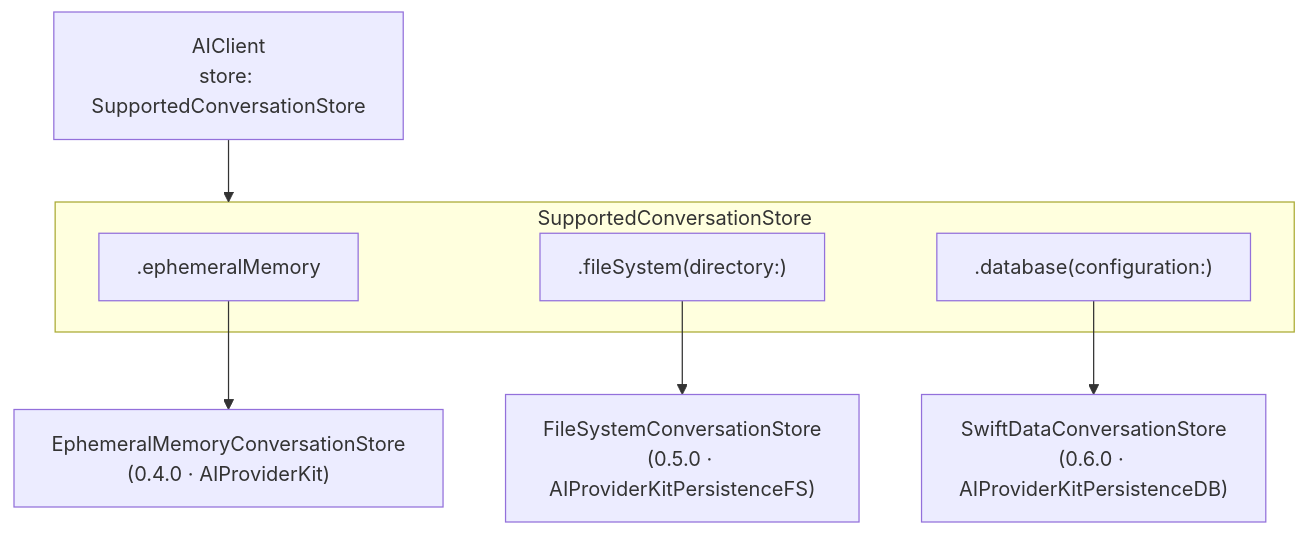
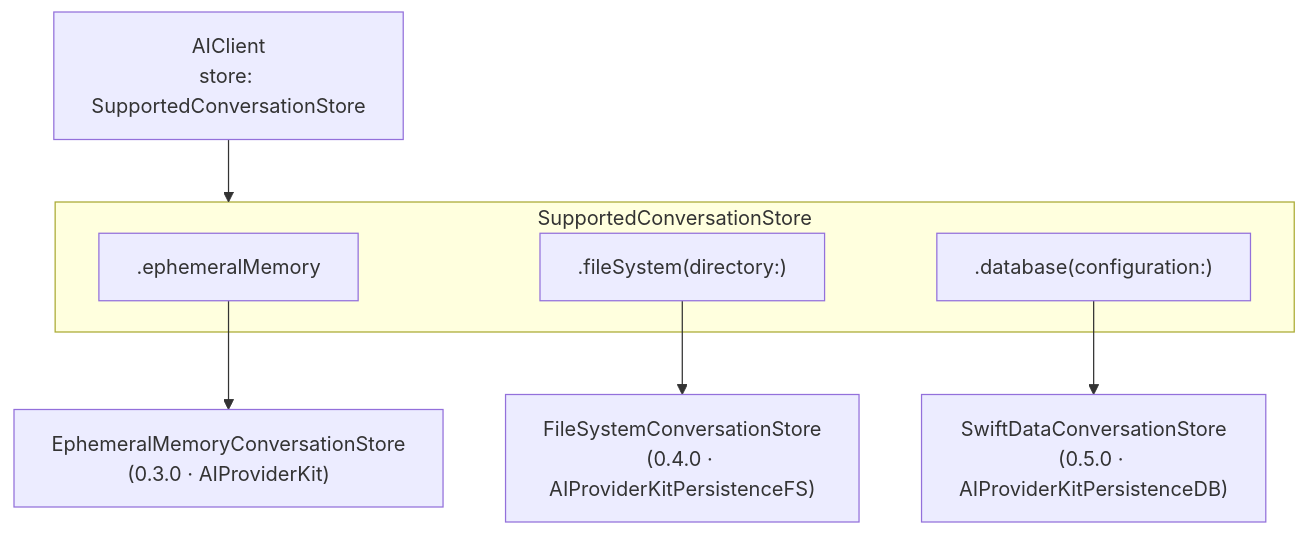
One commit to molayab/swift-ai-provider-kit changed the diagram in Documentation/Issues/persistence-layer.md. Above: the diagram before and after it, drawn with Mermaid. The commit also changed other lines of this file and 5 other files, not shown here.

First line of the commit message:
Documentation improvements around Architecture and Roadmap. (#4)

````diff
--- a/Documentation/Issues/persistence-layer.md
+++ b/Documentation/Issues/persistence-layer.md
@@ -40,16 +34,16 @@
 ```mermaid
 graph TD
     AIClient["AIClient\nstore: SupportedConversationStore"]
 
     subgraph SupportedConversationStore
         EM[".ephemeralMemory"]
         FS[".fileSystem(directory:)"]
         DB[".database(configuration:)"]
     end
 
     AIClient --> SupportedConversationStore
 
-    EM --> EMCS["EphemeralMemoryConversationStore\n(0.4.0 · AIProviderKit)"]
-    FS --> FSCS["FileSystemConversationStore\n(0.5.0 · AIProviderKitPersistenceFS)"]
-    DB --> SDCS["SwiftDataConversationStore\n(0.6.0 · AIProviderKitPersistenceDB)"]
+    EM --> EMCS["EphemeralMemoryConversationStore\n(0.3.0 · AIProviderKit)"]
+    FS --> FSCS["FileSystemConversationStore\n(0.4.0 · AIProviderKitPersistenceFS)"]
+    DB --> SDCS["SwiftDataConversationStore\n(0.5.0 · AIProviderKitPersistenceDB)"]
 ```
````
